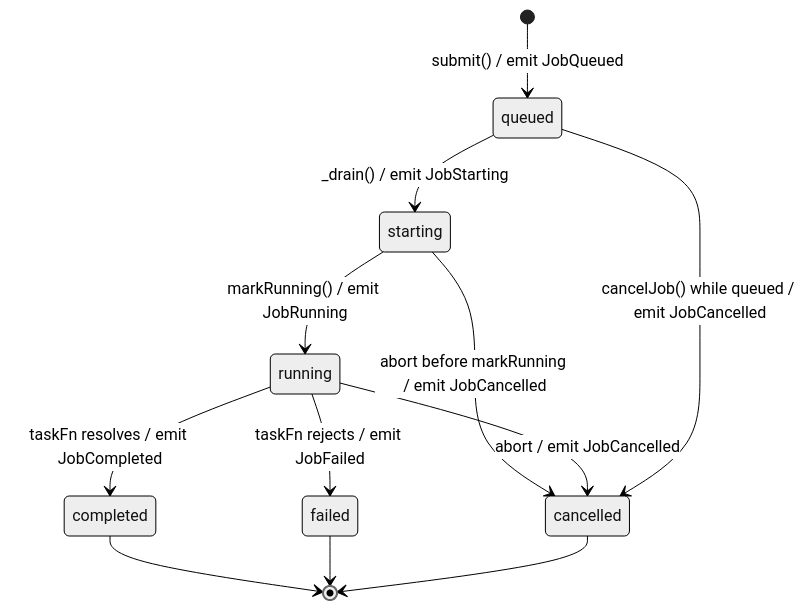
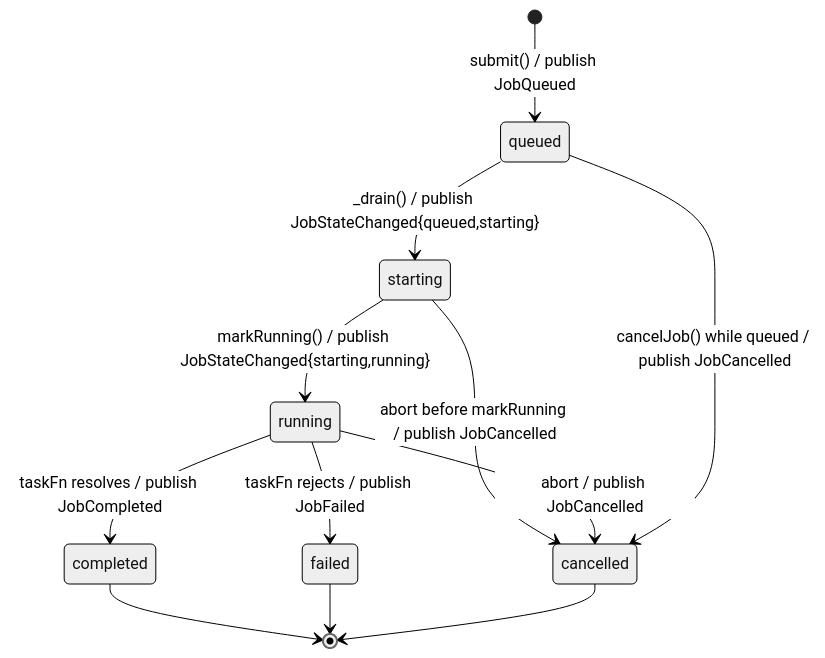
Before and after one commit to Ahmed-Eldamanhoury/Delegate-MCP: the first of 2 diagrams in docs/adr/ADR-0002-streaming-and-event-architecture.md, drawn with Mermaid (neutral theme). The commit also changed other lines of this file and 21 other files, not shown here.

````diff
--- a/docs/adr/ADR-0002-streaming-and-event-architecture.md
+++ b/docs/adr/ADR-0002-streaming-and-event-architecture.md
@@ -97,14 +135,14 @@
 ```mermaid
 stateDiagram-v2
-  [*] --> queued: submit() / emit JobQueued
-  queued --> starting: _drain() / emit JobStarting
-  starting --> running: markRunning() / emit JobRunning
-  starting --> cancelled: abort before markRunning / emit JobCancelled
-  running --> cancelled: abort / emit JobCancelled
-  running --> completed: taskFn resolves / emit JobCompleted
-  running --> failed: taskFn rejects / emit JobFailed
-  queued --> cancelled: cancelJob() while queued / emit JobCancelled
+  [*] --> queued: submit() / publish JobQueued
+  queued --> starting: _drain() / publish JobStateChanged{queued,starting}
+  starting --> running: markRunning() / publish JobStateChanged{starting,running}
+  starting --> cancelled: abort before markRunning / publish JobCancelled
+  running --> cancelled: abort / publish JobCancelled
+  running --> completed: taskFn resolves / publish JobCompleted
+  running --> failed: taskFn rejects / publish JobFailed
+  queued --> cancelled: cancelJob() while queued / publish JobCancelled
   completed --> [*]
   failed --> [*]
   cancelled --> [*]
 ```
````
